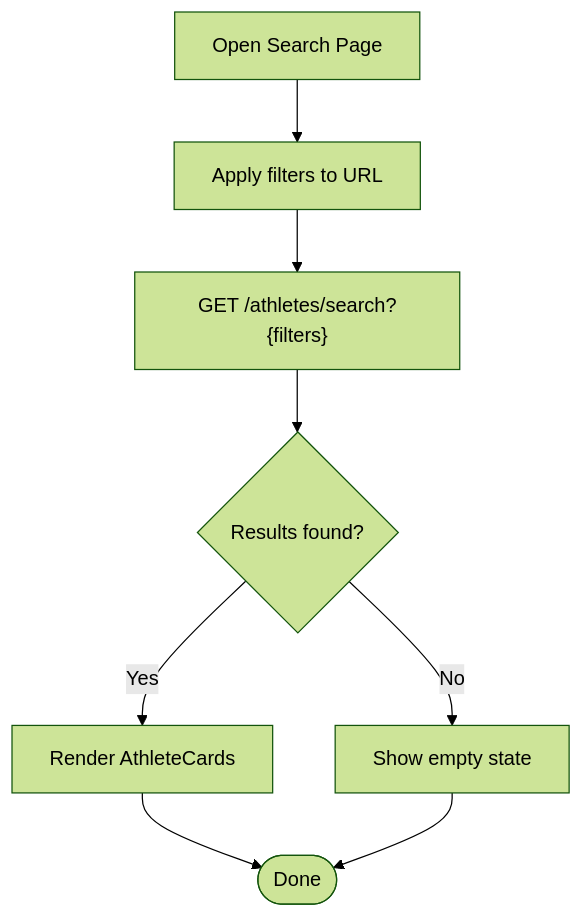
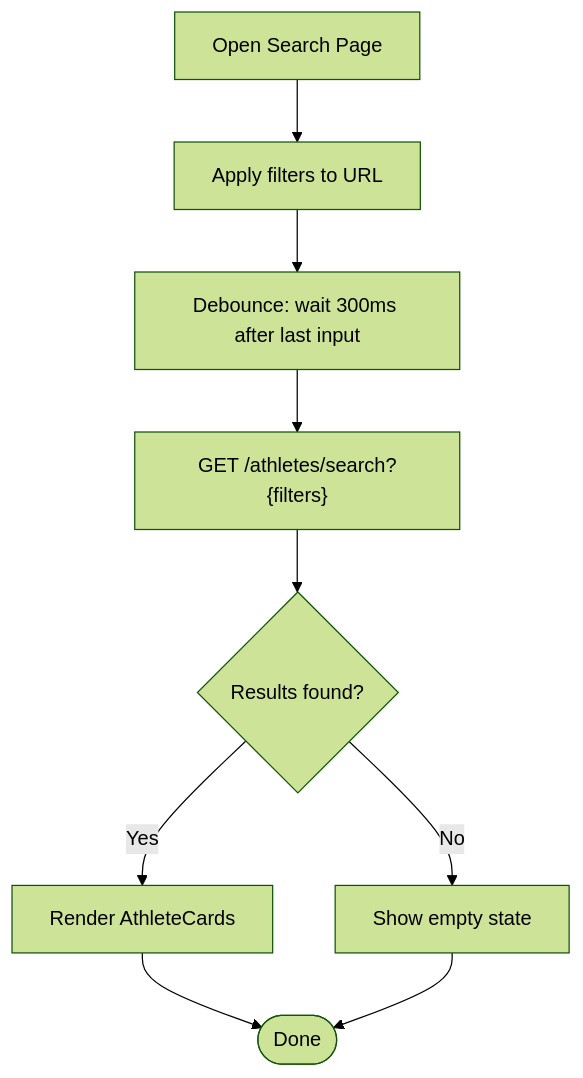
One commit to Alexandrexicara/craque-vision changed diagram 11 of 14 in .qoder/repowiki/en/content/Frontend Application/Page Components.md. Above: the diagram before and after it, drawn with Mermaid (forest theme). The commit also changed other lines of this file and 5 other files, not shown here.

````diff
--- a/.qoder/repowiki/en/content/Frontend Application/Page Components.md
+++ b/.qoder/repowiki/en/content/Frontend Application/Page Components.md
@@ -450,10 +470,11 @@
 ```mermaid
 flowchart TD
 Open["Open Search Page"] --> ApplyFilters["Apply filters to URL"]
-ApplyFilters --> Fetch["GET /athletes/search?{filters}"]
+ApplyFilters --> Debounce["Debounce: wait 300ms after last input"]
+Debounce --> Fetch["GET /athletes/search?{filters}"]
 Fetch --> Results{"Results found?"}
 Results --> |Yes| Render["Render AthleteCards"]
 Results --> |No| Empty["Show empty state"]
 Render --> End(["Done"])
 Empty --> End
 ```
````
